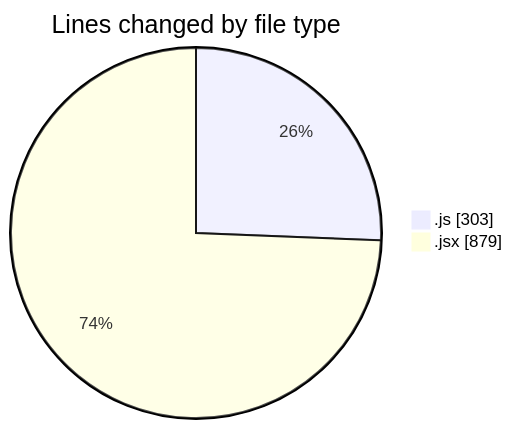
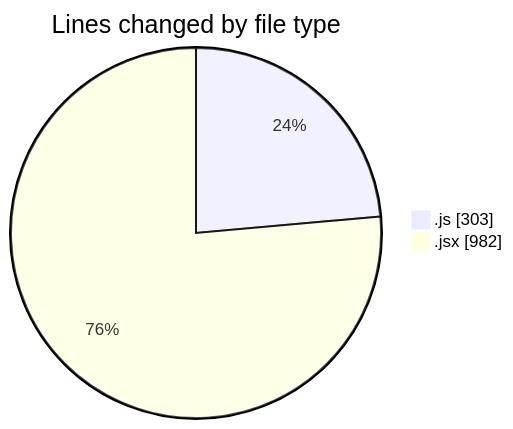
The first of 2 diagrams in 2025-05-21/nxtqube_webapp/README.md (nxtqubesakshisongat/code-tracking), drawn with Mermaid before and after one commit. The commit also changed other lines of this file and 1 other file, not shown here.

````diff
--- a/2025-05-21/nxtqube_webapp/README.md
+++ b/2025-05-21/nxtqube_webapp/README.md
@@ -23,6 +23,6 @@
 ```mermaid
 pie showData
 title Lines changed by file type
 ".js" : 303
-".jsx" : 879
+".jsx" : 982
 ```
````
